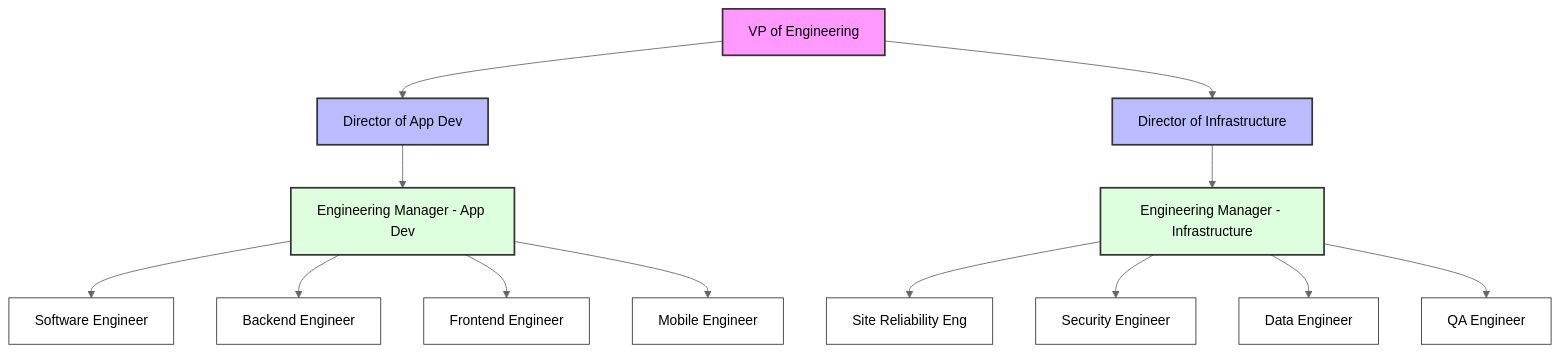
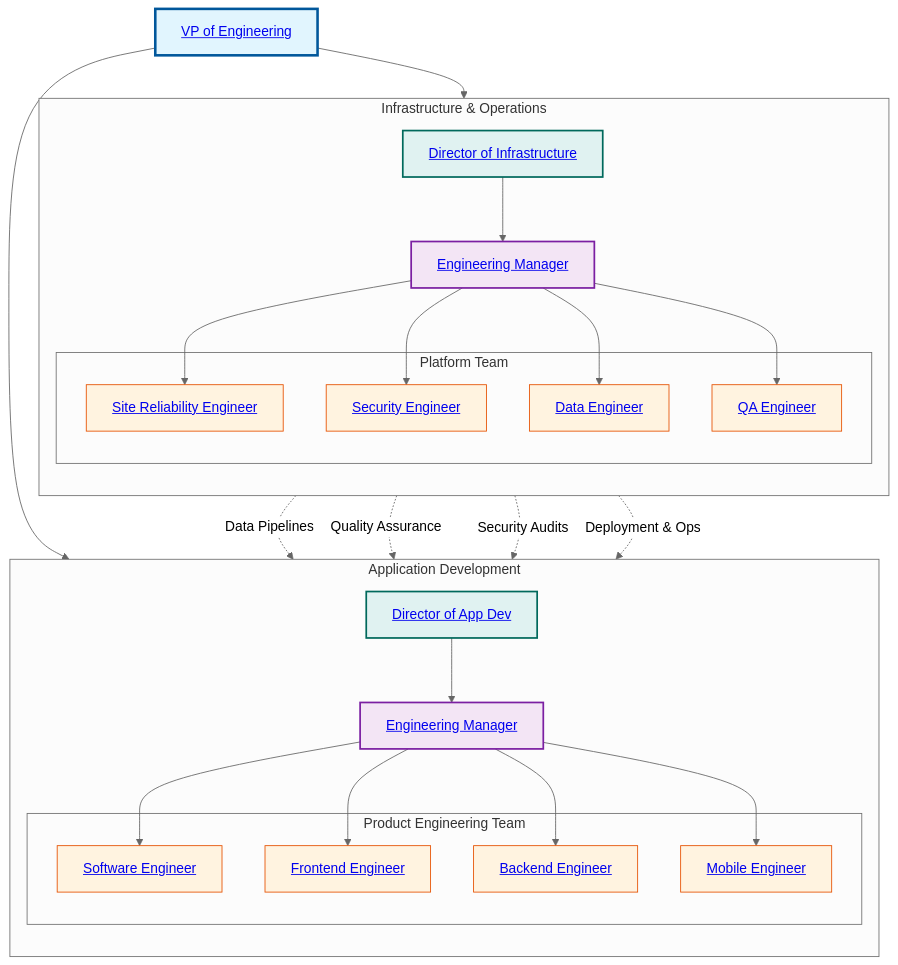
Before and after one commit to toxicoder/devset: the diagram in docs/job_roles/engineering_technology/organization_chart.md, drawn with Mermaid (neutral theme). The commit also changed other lines of this file and 17 other files, not shown here.

````diff
--- a/docs/job_roles/engineering_technology/organization_chart.md
+++ b/docs/job_roles/engineering_technology/organization_chart.md
@@ -5,33 +5,62 @@
 ```mermaid
 graph TD
+    %% Styling Definitions
+    classDef executive fill:#E1F5FE,stroke:#01579B,stroke-width:3px,color:#01579B;
+    classDef director fill:#E0F2F1,stroke:#00695C,stroke-width:2px,color:#004D40;
+    classDef manager fill:#F3E5F5,stroke:#7B1FA2,stroke-width:2px,color:#4A148C;
+    classDef individual fill:#FFF3E0,stroke:#E65100,stroke-width:1px,color:#BF360C;
+    classDef squad fill:#F9FBE7,stroke:#827717,stroke-width:1px,stroke-dasharray: 5 5,color:#33691E;
+
     %% Executive Leadership
-    VP[VP of Engineering] --> DirApp[Director of App Dev]
-    VP --> DirInfra[Director of Infrastructure]
+    VP_ENG[<a href='vp_of_engineering.md'>VP of Engineering</a>]:::executive
 
     %% Application Development Vertical
-    DirApp --> EM_App[Engineering Manager - App Dev]
+    subgraph AppDev_Vertical [Application Development]
+        direction TB
+        DIR_APP[<a href='director_of_app_dev.md'>Director of App Dev</a>]:::director
+        EM_APP[<a href='engineering_manager.md'>Engineering Manager</a>]:::manager
 
-    EM_App --> SWE[Software Engineer]
-    EM_App --> BE[Backend Engineer]
-    EM_App --> FE[Frontend Engineer]
-    EM_App --> Mobile[Mobile Engineer]
+        subgraph App_Team [Product Engineering Team]
+            SWE[<a href='software_engineer.md'>Software Engineer</a>]:::individual
+            FE[<a href='frontend_engineer.md'>Frontend Engineer</a>]:::individual
+            BE[<a href='backend_engineer.md'>Backend Engineer</a>]:::individual
+            MOB[<a href='mobile_engineer.md'>Mobile Engineer</a>]:::individual
+        end
+    end
 
-    %% Infrastructure Vertical
-    DirInfra --> EM_Infra[Engineering Manager - Infrastructure]
+    %% Infrastructure & Operations Vertical
+    subgraph Infra_Vertical [Infrastructure & Operations]
+        direction TB
+        DIR_INFRA[<a href='director_of_infrastructure.md'>Director of Infrastructure</a>]:::director
+        EM_INFRA[<a href='engineering_manager.md'>Engineering Manager</a>]:::manager
 
-    EM_Infra --> SRE[Site Reliability Eng]
-    EM_Infra --> Sec[Security Engineer]
-    EM_Infra --> Data[Data Engineer]
-    EM_Infra --> QA[QA Engineer]
+        subgraph Infra_Team [Platform Team]
+            SRE[<a href='site_reliability_engineer.md'>Site Reliability Engineer</a>]:::individual
+            SEC[<a href='security_engineer.md'>Security Engineer</a>]:::individual
+            DATA[<a href='data_engineer.md'>Data Engineer</a>]:::individual
+            QA[<a href='qa_engineer.md'>QA Engineer</a>]:::individual
+        end
+    end
 
-    %% Styling
-    classDef executive fill:#f9f,stroke:#333,stroke-width:2px;
-    classDef director fill:#bbf,stroke:#333,stroke-width:2px;
-    classDef manager fill:#dfd,stroke:#333,stroke-width:2px;
-    classDef ic fill:#fff,stroke:#333,stroke-width:1px;
+    %% Connections
+    VP_ENG --> DIR_APP
+    VP_ENG --> DIR_INFRA
 
-    class VP executive;
-    class DirApp,DirInfra director;
-    class EM_App,EM_Infra manager;
-    class SWE,BE,FE,Mobile,SRE,Sec,Data,QA ic;
+    DIR_APP --> EM_APP
+    EM_APP --> SWE
+    EM_APP --> FE
+    EM_APP --> BE
+    EM_APP --> MOB
+
+    DIR_INFRA --> EM_INFRA
+    EM_INFRA --> SRE
+    EM_INFRA --> SEC
+    EM_INFRA --> DATA
+    EM_INFRA --> QA
+
+    %% Cross-Functional Collaboration (Dotted Lines)
+    QA -.-> |Quality Assurance| App_Team
+    SEC -.-> |Security Audits| App_Team
+    DATA -.-> |Data Pipelines| BE
+    SRE -.-> |Deployment & Ops| App_Team
 ```
````
